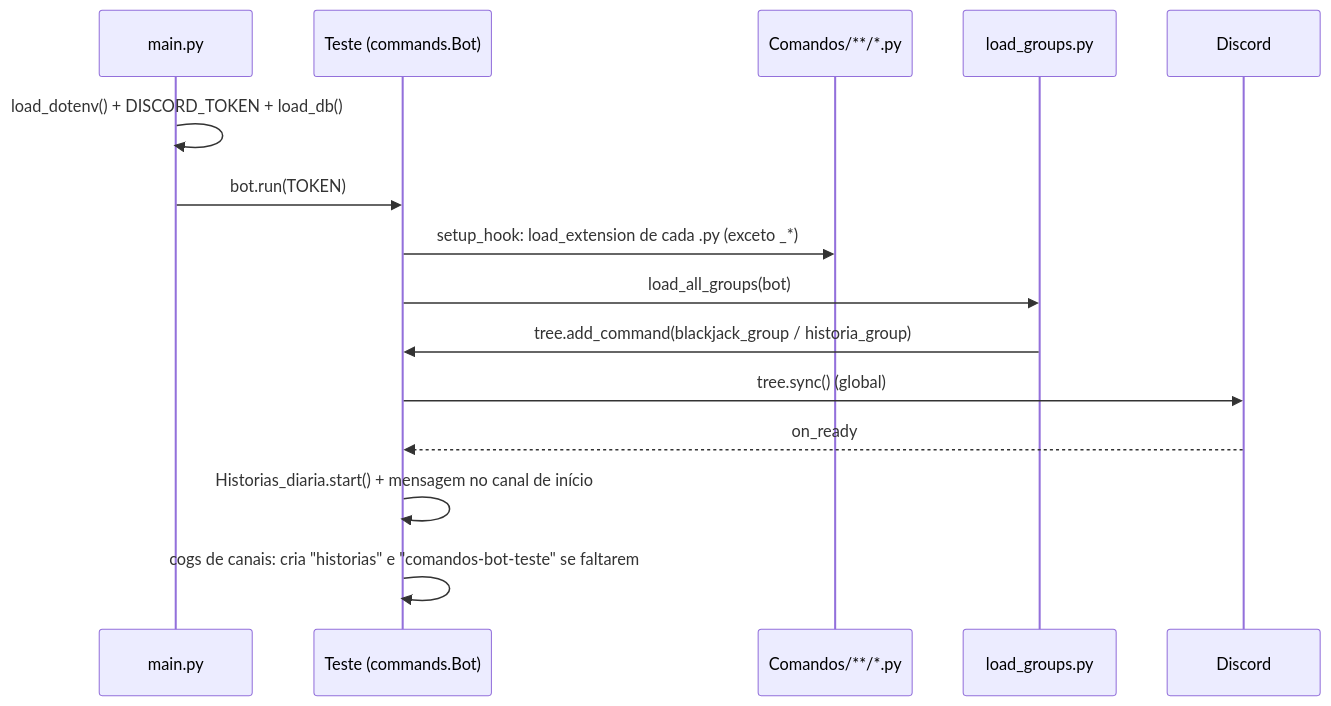
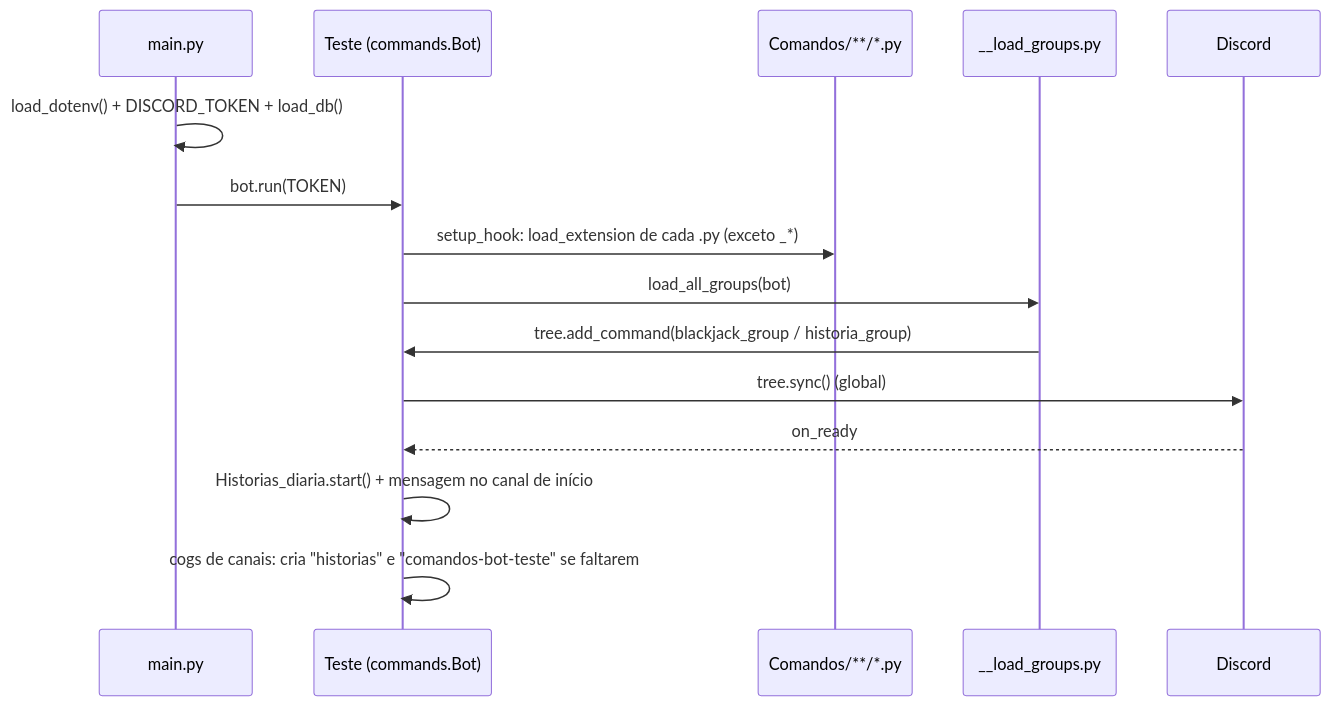
One commit to felipe783/Bot-Discord changed the first of 3 diagrams in vault/Arquitetura (Bot-Discord).md. Above: the diagram before and after it, drawn with Mermaid. The commit also changed other lines of this file and 6 other files, not shown here.

````diff
--- a/vault/Arquitetura (Bot-Discord).md
+++ b/vault/Arquitetura (Bot-Discord).md
@@ -5,17 +5,17 @@
 ```mermaid
 sequenceDiagram
     participant M as main.py
     participant B as Teste (commands.Bot)
     participant C as Comandos/**/*.py
-    participant G as load_groups.py
+    participant G as __load_groups.py
     participant D as Discord
     M->>M: load_dotenv() + DISCORD_TOKEN + load_db()
     M->>B: bot.run(TOKEN)
     B->>C: setup_hook: load_extension de cada .py (exceto _*)
     B->>G: load_all_groups(bot)
     G->>B: tree.add_command(blackjack_group / historia_group)
     B->>D: tree.sync() (global)
     D-->>B: on_ready
     B->>B: Historias_diaria.start() + mensagem no canal de início
     B->>B: cogs de canais: cria "historias" e "comandos-bot-teste" se faltarem
 ```
````
